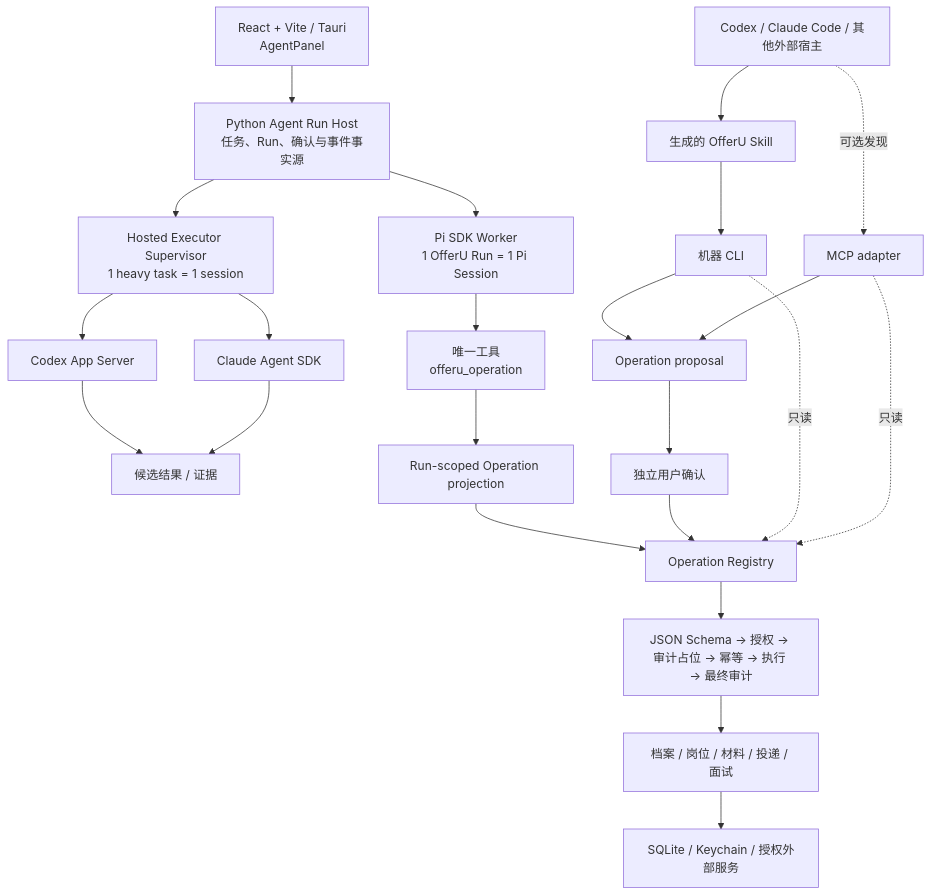
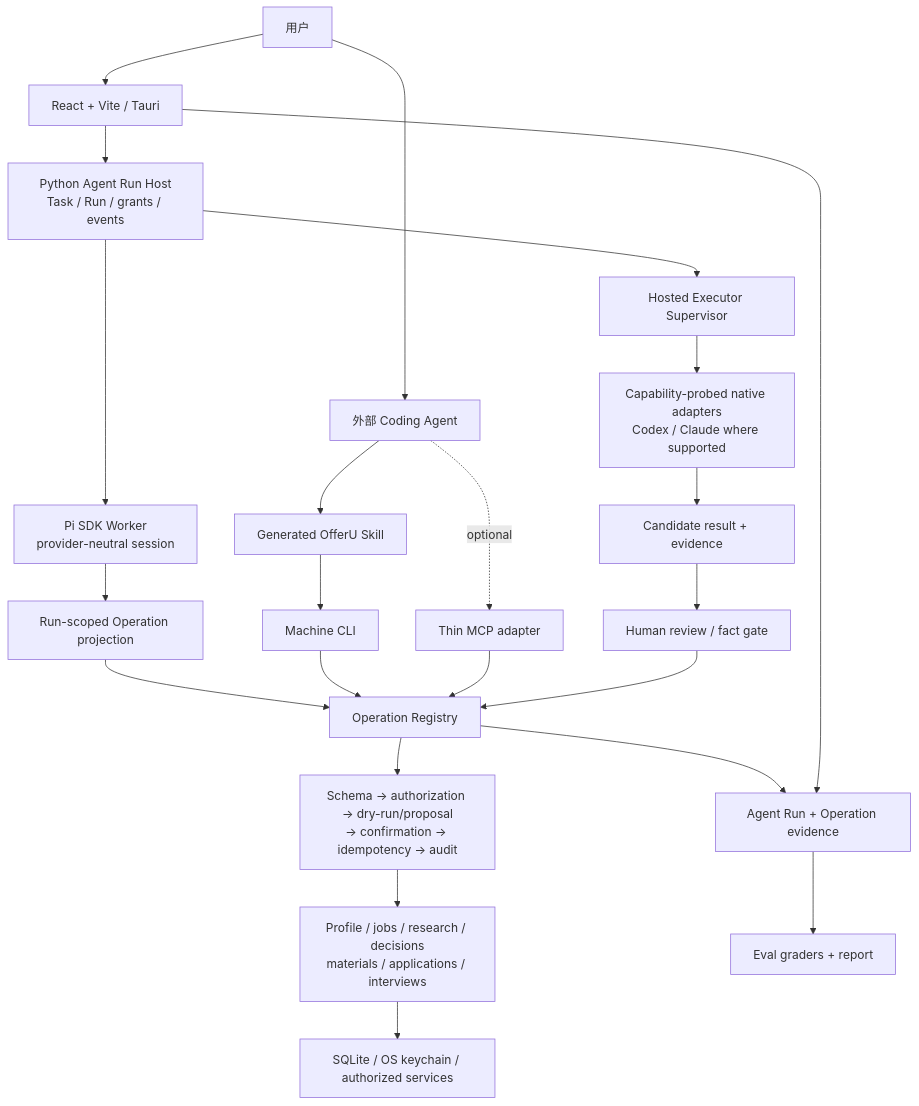
Before and after one commit to avabbbb/OfferU: the diagram in docs/architecture/agent-system.md, drawn with Mermaid. The commit also changed other lines of this file and 41 other files, not shown here.

````diff
--- a/docs/architecture/agent-system.md
+++ b/docs/architecture/agent-system.md
@@ -20,28 +22,31 @@
 ```mermaid
 flowchart TB
-    UI["React + Vite / Tauri<br/>AgentPanel"] --> HOST["Python Agent Run Host<br/>任务、Run、确认与事件事实源"]
-    HOST --> PI["Pi SDK Worker<br/>1 OfferU Run = 1 Pi Session"]
-    PI --> TOOL["唯一工具<br/>offeru_operation"]
+    USER["用户"] --> UI["React + Vite / Tauri"]
+    USER --> EXT["外部 Coding Agent"]
 
-    EXT["Codex / Claude Code / 其他外部宿主"] --> SKILL["生成的 OfferU Skill"]
-    SKILL --> CLI["机器 CLI"]
-    EXT -. "可选发现" .-> MCP["MCP adapter"]
+    UI --> HOST["Python Agent Run Host<br/>Task / Run / grants / events"]
+    HOST --> PI["Pi SDK Worker<br/>provider-neutral session"]
+    PI --> PROJECTION["Run-scoped Operation projection"]
 
-    HOST --> SUPERVISOR["Hosted Executor Supervisor<br/>1 heavy task = 1 session"]
-    SUPERVISOR --> CODEX["Codex App Server"]
-    SUPERVISOR --> CLAUDE["Claude Agent SDK"]
-    CODEX --> CANDIDATE["候选结果 / 证据"]
-    CLAUDE --> CANDIDATE
+    EXT --> SKILL["Generated OfferU Skill"]
+    SKILL --> CLI["Machine CLI"]
+    EXT -. optional .-> MCP["Thin MCP adapter"]
 
-    TOOL --> PROJECTION["Run-scoped Operation projection"]
-    CLI --> PROPOSAL["Operation proposal"]
-    MCP --> PROPOSAL
+    HOST --> SUPERVISOR["Hosted Executor Supervisor"]
+    SUPERVISOR --> ADAPTERS["Capability-probed native adapters<br/>Codex / Claude where supported"]
+    ADAPTERS --> CANDIDATE["Candidate result + evidence"]
+
     PROJECTION --> OPS["Operation Registry"]
-    PROPOSAL --> CONFIRM["独立用户确认"]
-    CONFIRM --> OPS
-    CLI -. "只读" .-> OPS
-    MCP -. "只读" .-> OPS
-    OPS --> GUARD["JSON Schema → 授权 → 审计占位 → 幂等 → 执行 → 最终审计"]
-    GUARD --> DOMAIN["档案 / 岗位 / 材料 / 投递 / 面试"]
-    DOMAIN --> DATA["SQLite / Keychain / 授权外部服务"]
+    CLI --> OPS
+    MCP --> OPS
+    CANDIDATE --> REVIEW["Human review / fact gate"]
+    REVIEW --> OPS
+
+    OPS --> GUARD["Schema → authorization → dry-run/proposal<br/>→ confirmation → idempotency → audit"]
+    GUARD --> DOMAIN["Profile / jobs / research / decisions<br/>materials / applications / interviews"]
+    DOMAIN --> DATA["SQLite / OS keychain / authorized services"]
+
+    OPS --> TRACE["Agent Run + Operation evidence"]
+    UI --> TRACE
+    TRACE --> EVAL["Eval graders + report"]
 ```
````
